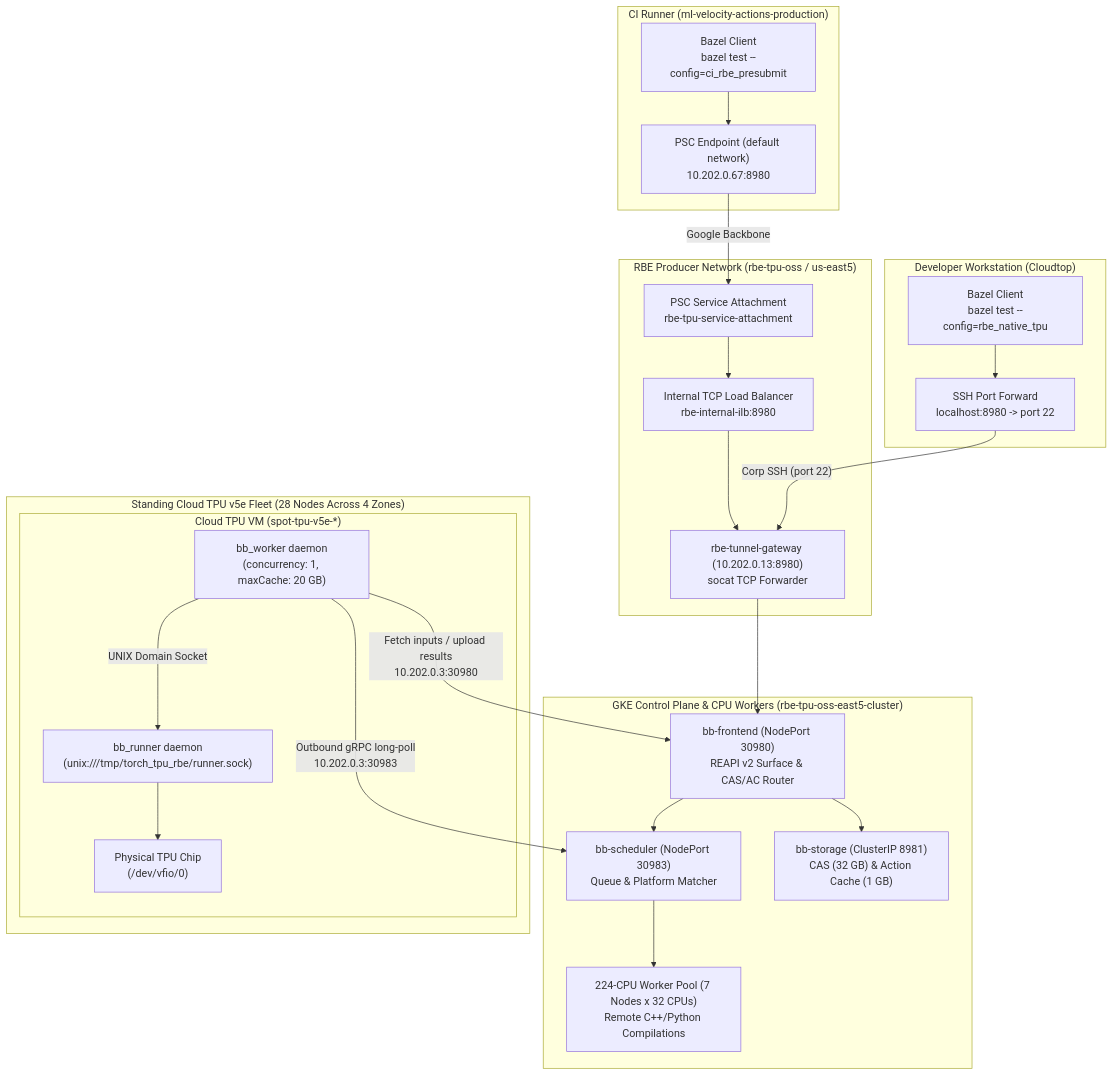
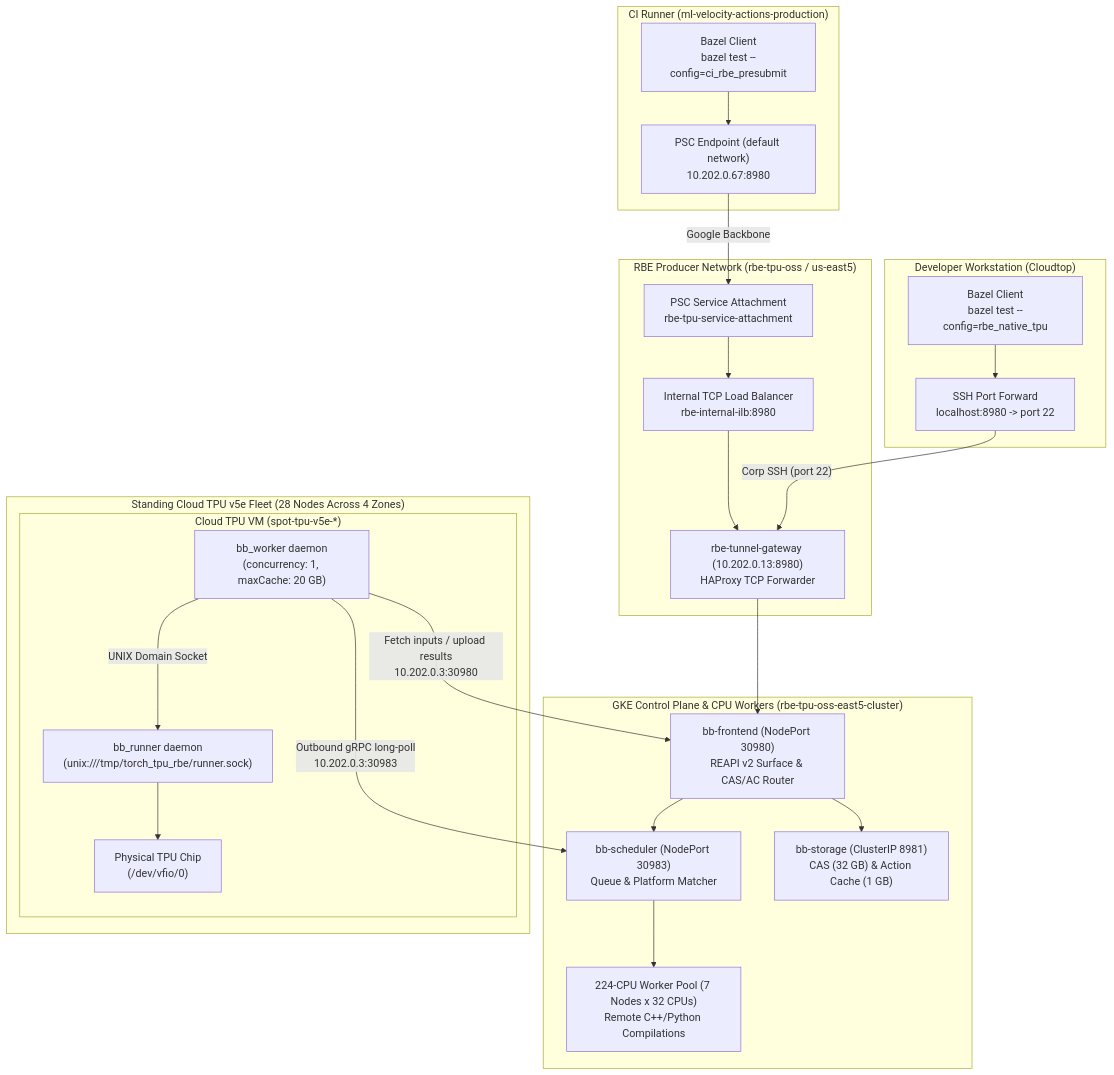
One commit to google-pytorch/torch_tpu changed the diagram in docs/NATIVE_RBE_ARCHITECTURE.md. Above: the diagram before and after it, drawn with Mermaid. The commit also changed other lines of this file and 1 other file, not shown here.

First line of the commit message:
Correct gateway docs and add keep_going / remote_download_minimal

````diff
--- a/docs/NATIVE_RBE_ARCHITECTURE.md
+++ b/docs/NATIVE_RBE_ARCHITECTURE.md
@@ -32,50 +32,50 @@
 ```mermaid
 flowchart TD
     subgraph CIRunner ["CI Runner (ml-velocity-actions-production)"]
         BazelCI["Bazel Client<br/>bazel test --config=ci_rbe_presubmit"]
         PSCEndpoint["PSC Endpoint (default network)<br/>10.202.0.67:8980"]
         BazelCI --> PSCEndpoint
     end
 
     subgraph DevClient ["Developer Workstation (Cloudtop)"]
         BazelDev["Bazel Client<br/>bazel test --config=rbe_native_tpu"]
         SSHTunnel["SSH Port Forward<br/>localhost:8980 -> port 22"]
         BazelDev --> SSHTunnel
     end
 
     subgraph ProducerVPC ["RBE Producer Network (rbe-tpu-oss / us-east5)"]
         PSCSA["PSC Service Attachment<br/>rbe-tpu-service-attachment"]
         ILB["Internal TCP Load Balancer<br/>rbe-internal-ilb:8980"]
-        GW["rbe-tunnel-gateway (10.202.0.13:8980)<br/>socat TCP Forwarder"]
+        GW["rbe-tunnel-gateway (10.202.0.13:8980)<br/>HAProxy TCP Forwarder"]
 
         PSCEndpoint -->|"Google Backbone"| PSCSA
         PSCSA --> ILB
         ILB --> GW
         SSHTunnel -->|"Corp SSH (port 22)"| GW
     end
 
     subgraph ControlPlane ["GKE Control Plane & CPU Workers (rbe-tpu-oss-east5-cluster)"]
         FE["bb-frontend (NodePort 30980)<br/>REAPI v2 Surface & CAS/AC Router"]
         SCHED["bb-scheduler (NodePort 30983)<br/>Queue & Platform Matcher"]
         STOR["bb-storage (ClusterIP 8981)<br/>CAS (32 GB) & Action Cache (1 GB)"]
         CPUWorkers["224-CPU Worker Pool (7 Nodes x 32 CPUs)<br/>Remote C++/Python Compilations"]
 
         GW --> FE
         FE --> SCHED
         FE --> STOR
         SCHED --> CPUWorkers
     end
 
     subgraph Fleet ["Standing Cloud TPU v5e Fleet (28 Nodes Across 4 Zones)"]
         subgraph Node ["Cloud TPU VM (spot-tpu-v5e-*)"]
             Worker["bb_worker daemon<br/>(concurrency: 1, maxCache: 20 GB)"]
             Runner["bb_runner daemon<br/>(unix:///tmp/torch_tpu_rbe/runner.sock)"]
             Hardware["Physical TPU Chip<br/>(/dev/vfio/0)"]
 
             Worker -->|"Outbound gRPC long-poll<br/>10.202.0.3:30983"| SCHED
             Worker -->|"Fetch inputs / upload results<br/>10.202.0.3:30980"| FE
             Worker -->|"UNIX Domain Socket"| Runner
             Runner --> Hardware
         end
     end
 ```
````
